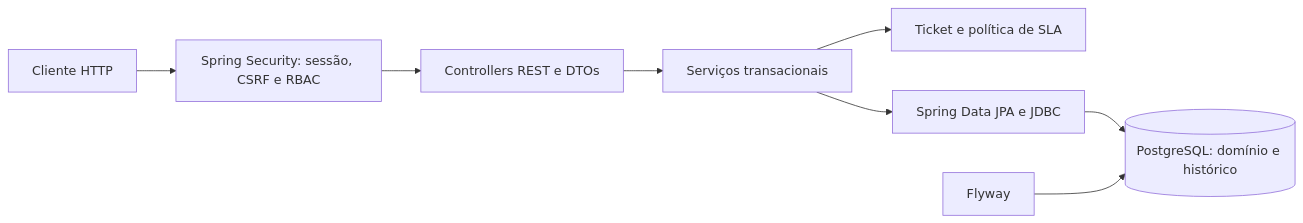
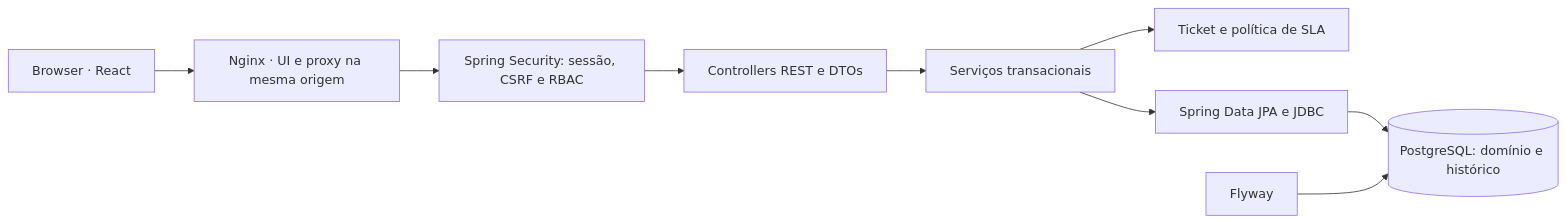
One commit to GuiNovaisz/supporthub-java-helpdesk changed the first of 4 diagrams in docs/architecture.md. Above: the diagram before and after it, drawn with Mermaid. The commit also changed 13 other files, not shown here.

````diff
--- a/docs/architecture.md
+++ b/docs/architecture.md
@@ -3,10 +3,11 @@
 ```mermaid
 flowchart LR
-  Client["Cliente HTTP"] --> Security["Spring Security: sessão, CSRF e RBAC"]
+  Client["Browser · React"] --> Proxy["Nginx · UI e proxy na mesma origem"]
+  Proxy --> Security["Spring Security: sessão, CSRF e RBAC"]
   Security --> REST["Controllers REST e DTOs"]
   REST --> UseCases["Serviços transacionais"]
   UseCases --> Domain["Ticket e política de SLA"]
   UseCases --> Repositories["Spring Data JPA e JDBC"]
   Repositories --> DB[("PostgreSQL: domínio e histórico")]
   Flyway["Flyway"] --> DB
 ```
````
